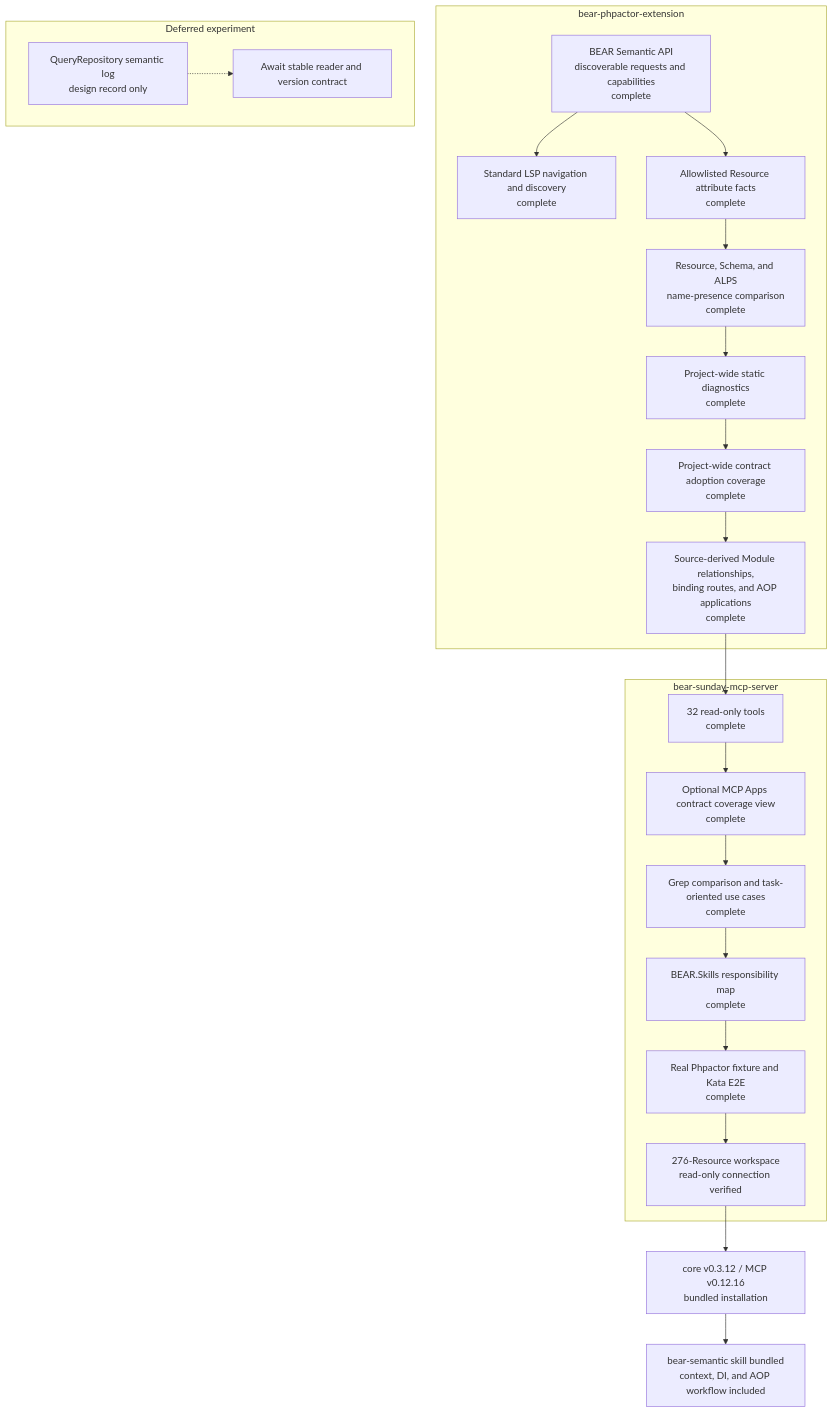
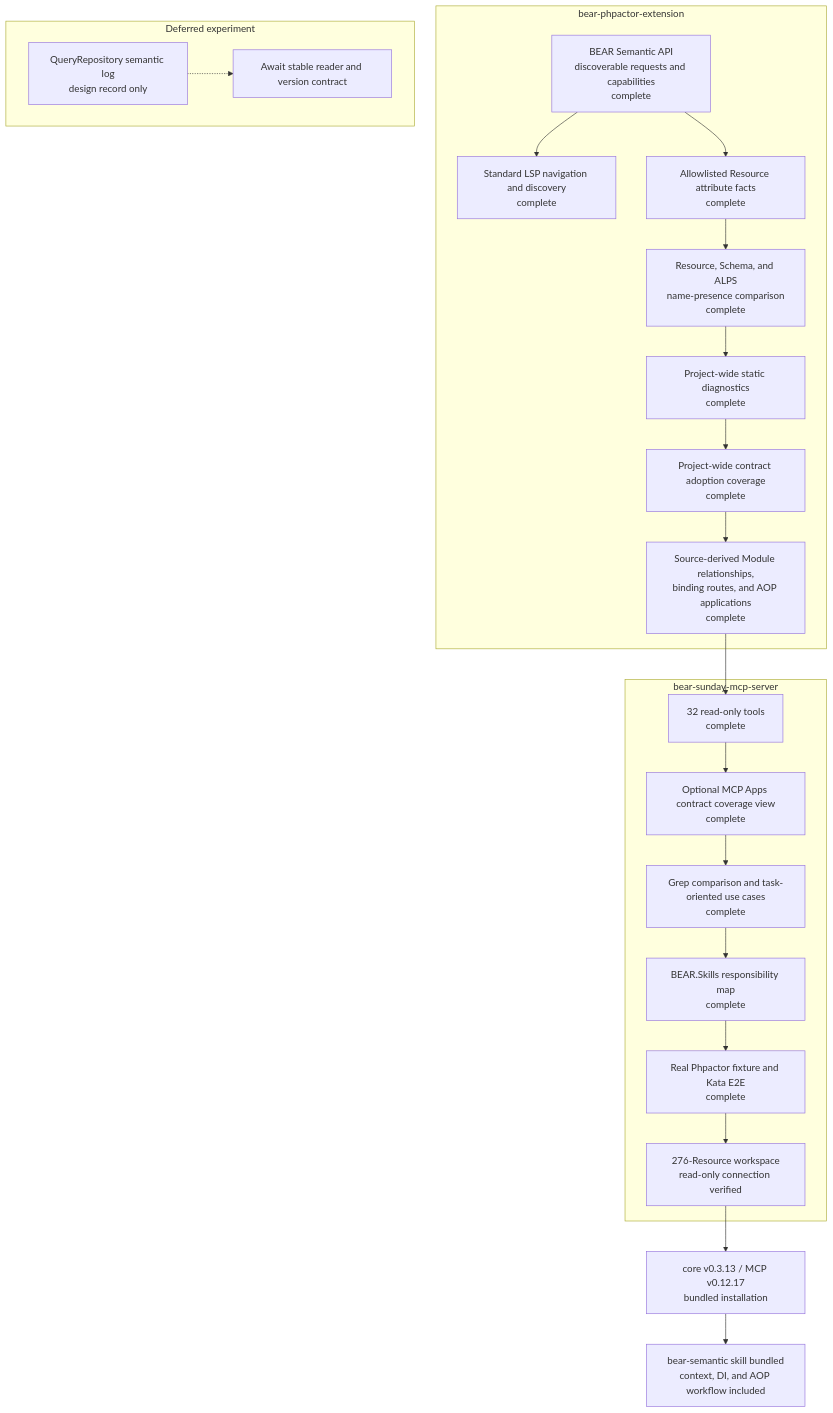
One commit to suzumaze/bear-sunday-mcp-server changed the diagram in docs/project-status.md. Above: the diagram before and after it, drawn with Mermaid. The commit also changed other lines of this file and 7 other files, not shown here.

````diff
--- a/docs/project-status.md
+++ b/docs/project-status.md
@@ -9,35 +9,35 @@
 ```mermaid
 flowchart TB
     subgraph Core["bear-phpactor-extension"]
         C1["BEAR Semantic API<br/>discoverable requests and capabilities<br/>complete"]
         C2["Standard LSP navigation and discovery<br/>complete"]
         C3["Allowlisted Resource attribute facts<br/>complete"]
         C4["Resource, Schema, and ALPS<br/>name-presence comparison<br/>complete"]
         C5["Project-wide static diagnostics<br/>complete"]
         C6["Project-wide contract adoption coverage<br/>complete"]
         C7["Source-derived Module relationships,<br/>binding routes, and AOP applications<br/>complete"]
         C1 --> C2
         C1 --> C3 --> C4 --> C5 --> C6 --> C7
     end
 
     subgraph MCP["bear-sunday-mcp-server"]
         M1["32 read-only tools<br/>complete"]
         M0["Optional MCP Apps contract coverage view<br/>complete"]
         M2["Grep comparison and task-oriented use cases<br/>complete"]
         M3["BEAR.Skills responsibility map<br/>complete"]
         M4["Real Phpactor fixture and Kata E2E<br/>complete"]
         M5["276-Resource workspace<br/>read-only connection verified"]
         M1 --> M0 --> M2 --> M3 --> M4 --> M5
     end
 
     C7 --> M1
 
     subgraph Deferred["Deferred experiment"]
         D1["QueryRepository semantic log<br/>design record only"]
         D2["Await stable reader and version contract"]
         D1 -.-> D2
     end
 
-    M5 --> R1["core v0.3.12 / MCP v0.12.16<br/>bundled installation"]
+    M5 --> R1["core v0.3.13 / MCP v0.12.17<br/>bundled installation"]
     R1 --> S1["bear-semantic skill bundled<br/>context, DI, and AOP workflow included"]
 ```
````
